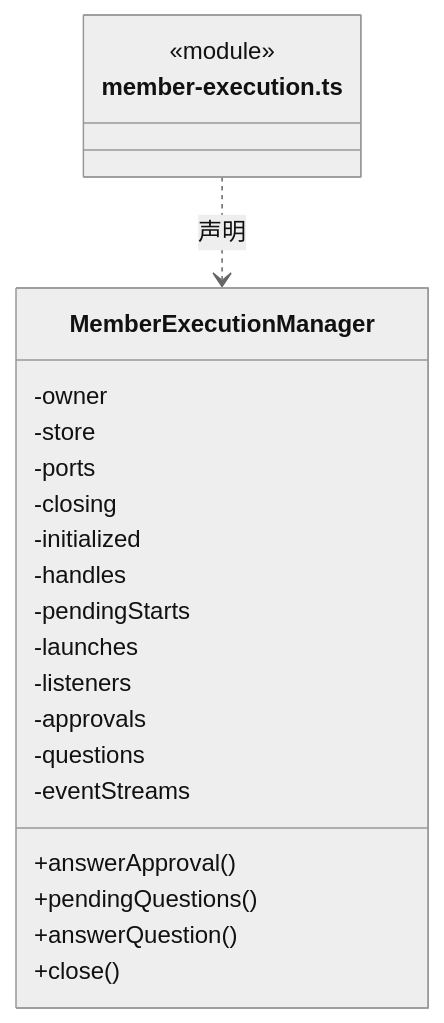
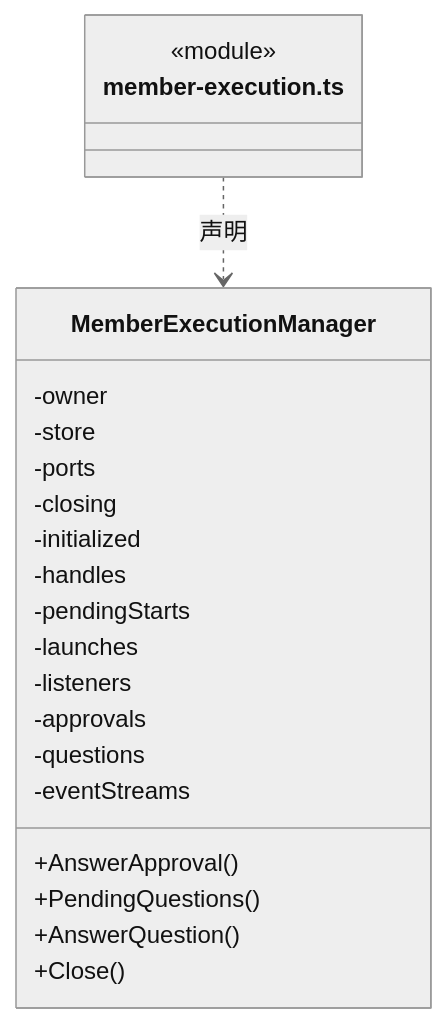
One commit to nan023062/cbim changed the sixth of 16 diagrams in src/logic/team/runtime/ARCHITECTURE.md. Above: the diagram before and after it, drawn with Mermaid (neutral theme). The commit also changed other lines of this file and 1035 other files, not shown here.

````diff
--- a/src/logic/team/runtime/ARCHITECTURE.md
+++ b/src/logic/team/runtime/ARCHITECTURE.md
@@ -161,25 +161,25 @@
 ```mermaid
 classDiagram
 class N_src_logic_team_runtime_member_execution_ts["member-execution.ts"] {
   <<module>>
 }
 class N_src_logic_team_runtime_member_execution_ts_MemberExecutionManager["MemberExecutionManager"] {
-  +answerApproval()
-  +pendingQuestions()
-  +answerQuestion()
-  +close()
+  +AnswerApproval()
+  +PendingQuestions()
+  +AnswerQuestion()
+  +Close()
   -owner
   -store
   -ports
   -closing
   -initialized
   -handles
   -pendingStarts
   -launches
   -listeners
   -approvals
   -questions
   -eventStreams
 }
 N_src_logic_team_runtime_member_execution_ts ..> N_src_logic_team_runtime_member_execution_ts_MemberExecutionManager : 声明
 ```
````
